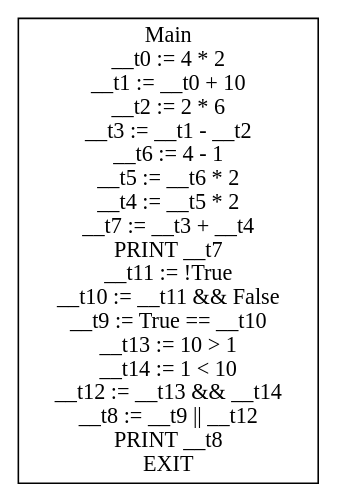
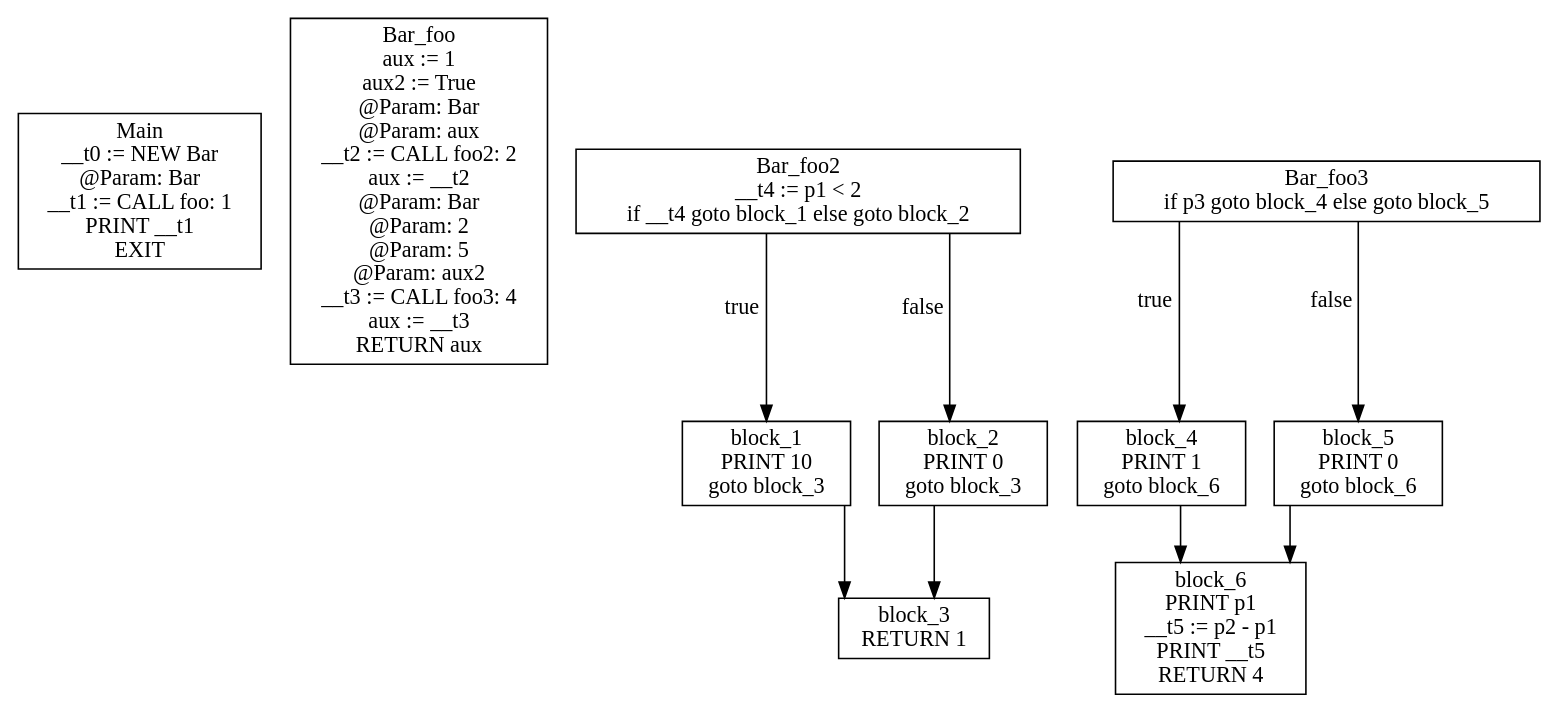
One commit to KarmaSora/Compiler changed the diagram in gettingStarted/cfg.dot. Above: the diagram before and after it, drawn with Graphviz. The commit also changed 8 other files, not shown here.

```diff
--- a/gettingStarted/cfg.dot
+++ b/gettingStarted/cfg.dot
@@ -1,5 +1,22 @@
 digraph CFG {
 graph [splines=ortho];
 node [shape=box];
-Main [label="Main\n__t0 := 4 * 2\n__t1 := __t0 + 10\n__t2 := 2 * 6\n__t3 := __t1 - __t2\n__t6 := 4 - 1\n__t5 := __t6 * 2\n__t4 := __t5 * 2\n__t7 := __t3 + __t4\nPRINT __t7\n__t11 := !True\n__t10 := __t11 && False\n__t9 := True == __t10\n__t13 := 10 > 1\n__t14 := 1 < 10\n__t12 := __t13 && __t14\n__t8 := __t9 || __t12\nPRINT __t8\nEXIT\n"];
+Main [label="Main\n__t0 := NEW Bar\n @Param: Bar\n__t1 := CALL foo: 1\nPRINT __t1\nEXIT\n"];
+Bar_foo [label="Bar_foo\naux := 1\naux2 := True\n @Param: Bar\n @Param: aux\n__t2 := CALL foo2: 2\naux := __t2\n @Param: Bar\n @Param: 2\n @Param: 5\n @Param: aux2\n__t3 := CALL foo3: 4\naux := __t3\nRETURN aux\n"];
+Bar_foo2 -> block_1 [xlabel="true"];
+Bar_foo2 -> block_2 [xlabel="false"];
+Bar_foo2 [label="Bar_foo2\n__t4 := p1 < 2\nif __t4 goto block_1 else goto block_2\n"];
+block_1 -> block_3;
+block_1 [label="block_1\nPRINT 10\ngoto block_3\n"];
+block_2 -> block_3;
+block_2 [label="block_2\nPRINT 0\ngoto block_3\n"];
+block_3 [label="block_3\nRETURN 1\n"];
+Bar_foo3 -> block_4 [xlabel="true"];
+Bar_foo3 -> block_5 [xlabel="false"];
+Bar_foo3 [label="Bar_foo3\nif p3 goto block_4 else goto block_5\n"];
+block_4 -> block_6;
+block_4 [label="block_4\nPRINT 1\ngoto block_6\n"];
+block_5 -> block_6;
+block_5 [label="block_5\nPRINT 0\ngoto block_6\n"];
+block_6 [label="block_6\nPRINT p1\n__t5 := p2 - p1\nPRINT __t5\nRETURN 4\n"];
 }
```
